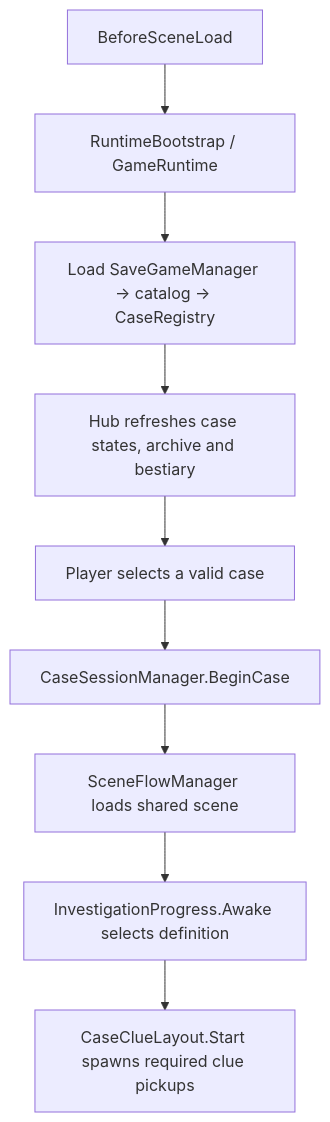
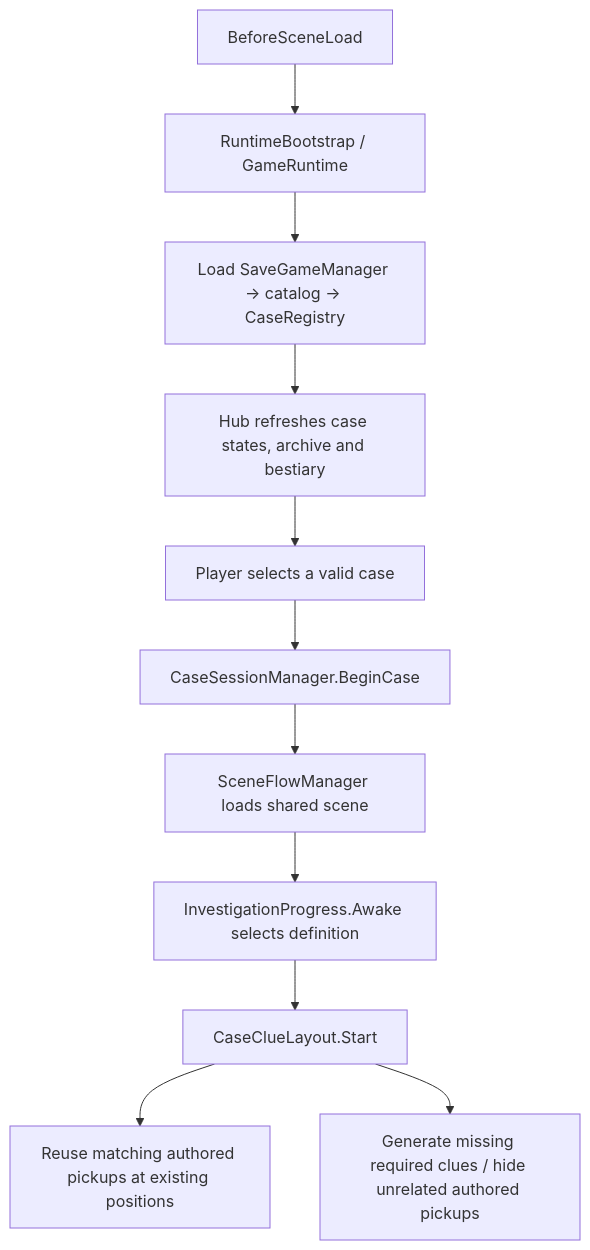
The first of 2 diagrams in Docs/EventFlow.md (Vaenix/LostCity), drawn with Mermaid before and after one commit. The commit also changed 19 other files, not shown here.

````diff
--- a/Docs/EventFlow.md
+++ b/Docs/EventFlow.md
@@ -8,11 +8,13 @@
 ```mermaid
 flowchart TD
     A["BeforeSceneLoad"] --> B["RuntimeBootstrap / GameRuntime"]
     B --> C["Load SaveGameManager -> catalog -> CaseRegistry"]
     C --> D["Hub refreshes case states, archive and bestiary"]
     D --> E["Player selects a valid case"]
     E --> F["CaseSessionManager.BeginCase"]
     F --> G["SceneFlowManager loads shared scene"]
     G --> H["InvestigationProgress.Awake selects definition"]
-    H --> I["CaseClueLayout.Start spawns required clue pickups"]
+    H --> I["CaseClueLayout.Start"]
+    I --> J["Reuse matching authored pickups at existing positions"]
+    I --> K["Generate missing required clues / hide unrelated authored pickups"]
 ```
````
